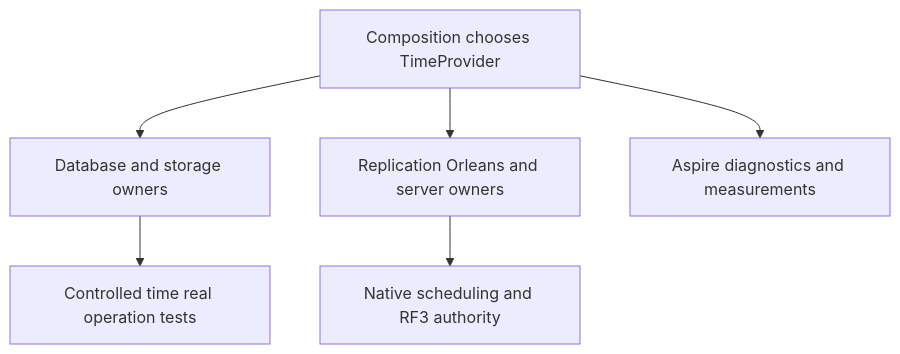
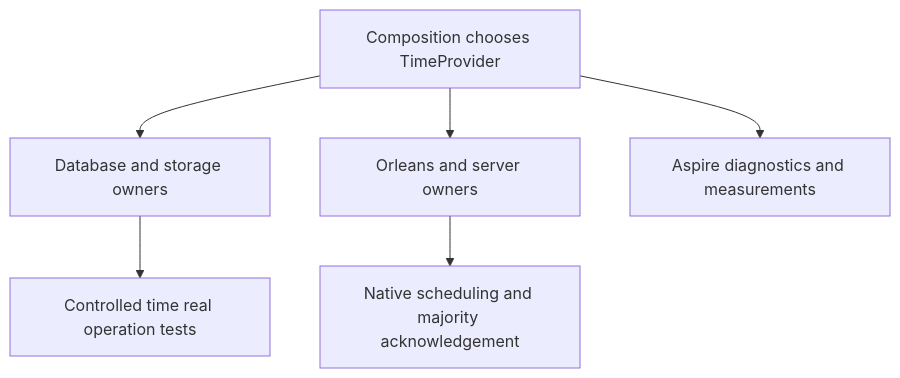
Before and after one commit to managedcode/KeyLoad: the diagram in docs/ADR/ADR-115-time-provider.md, drawn with Mermaid. The commit also changed other lines of this file and 7356 other files, not shown here.

First line of the commit message:
Replace custom consensus with native Orleans storage services

````diff
--- a/docs/ADR/ADR-115-time-provider.md
+++ b/docs/ADR/ADR-115-time-provider.md
@@ -20,8 +20,8 @@
 ```mermaid
 flowchart TD
     Root[Composition chooses TimeProvider] --> Engine[Database and storage owners]
-    Root --> Runtime[Replication Orleans and server owners]
+    Root --> Runtime[Orleans and server owners]
     Root --> Tools[Aspire diagnostics and measurements]
     Engine --> Tests[Controlled time real operation tests]
-    Runtime --> RF3[Native scheduling and RF3 authority]
+    Runtime --> Cluster[Native scheduling and majority acknowledgement]
 ```
````
